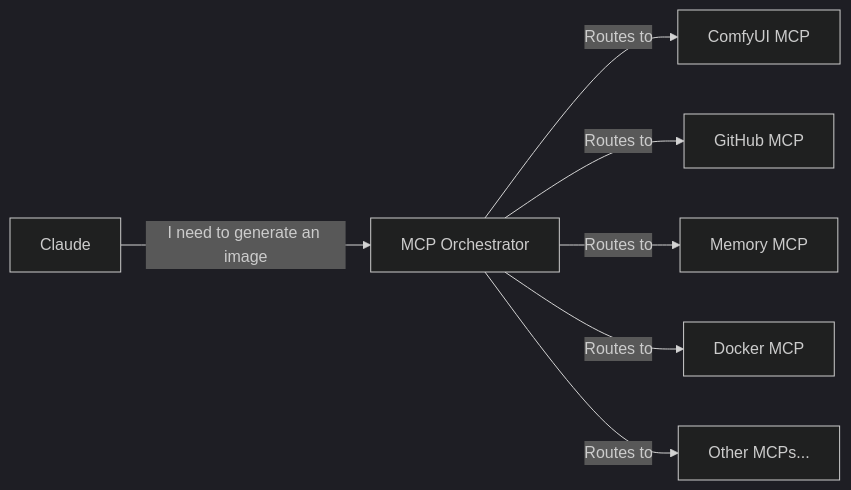
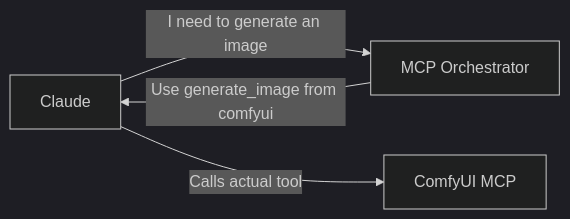
Before and after one commit to SamuraiBuddha/mcp-orchestrator: the diagram in README.md, drawn with Mermaid (dark theme). The commit also changed other lines of this file, not shown here.

Commit message:
Update README to clarify orchestrator is for discovery, not execution

````diff
--- a/README.md
+++ b/README.md
@@ -25,9 +25,6 @@
 ```mermaid
 graph LR
     Claude[Claude] --> |"I need to generate an image"| Orchestrator[MCP Orchestrator]
-    Orchestrator --> |Routes to| ComfyUI[ComfyUI MCP]
-    Orchestrator --> |Routes to| GitHub[GitHub MCP]
-    Orchestrator --> |Routes to| Memory[Memory MCP]
-    Orchestrator --> |Routes to| Docker[Docker MCP]
-    Orchestrator --> |Routes to| Others[Other MCPs...]
+    Orchestrator --> |"Use generate_image from comfyui"| Claude
+    Claude --> |Calls actual tool| ComfyUI[ComfyUI MCP]
 ```
````
